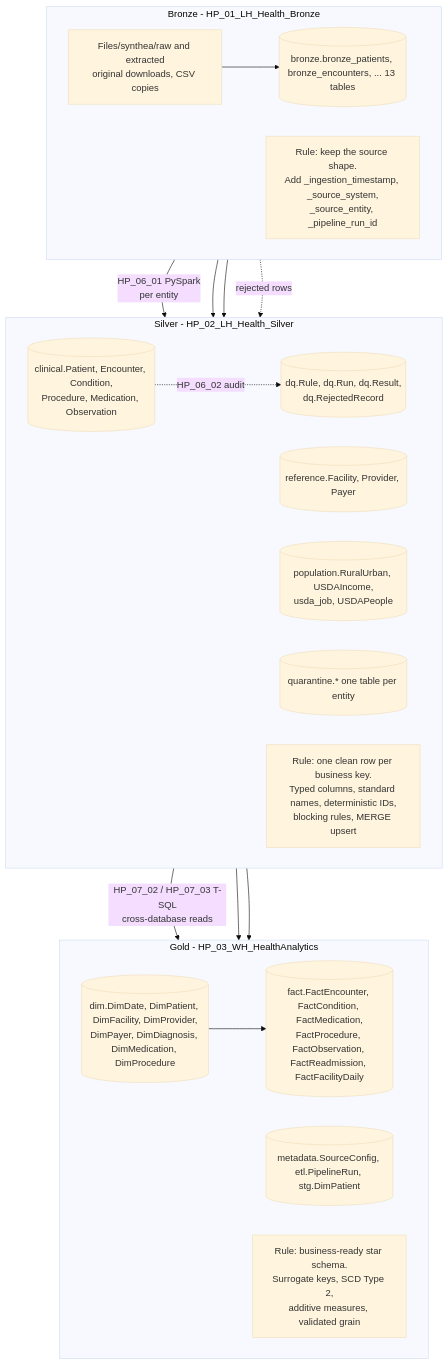
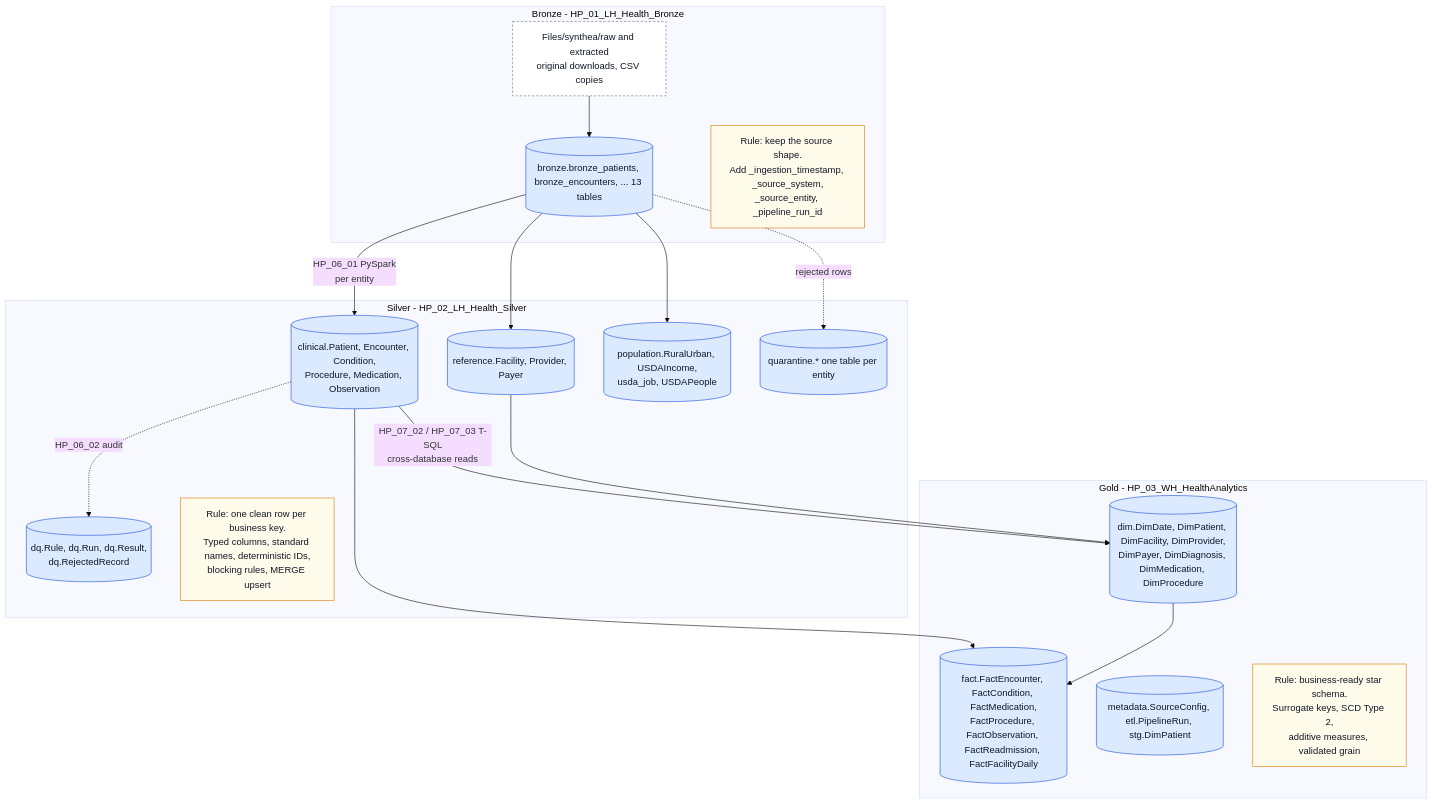
One commit to hafizmahmudi/healthpulse-fabric-healthcare changed the diagram in architecture/medallion-architecture.mmd. Above: the diagram before and after it, drawn with Mermaid (base theme). The commit also changed 17 other files, not shown here.

```diff
--- a/architecture/medallion-architecture.mmd
+++ b/architecture/medallion-architecture.mmd
@@ -1,36 +1,40 @@
 flowchart TB
     subgraph Bronze[Bronze - HP_01_LH_Health_Bronze]
-        direction LR
         BF[Files/synthea/raw and extracted<br/>original downloads, CSV copies]
         BT[(bronze.bronze_patients, bronze_encounters, ... 13 tables)]
         BN["Rule: keep the source shape.<br/>Add _ingestion_timestamp, _source_system,<br/>_source_entity, _pipeline_run_id"]
         BF --> BT
     end
 
     subgraph Silver[Silver - HP_02_LH_Health_Silver]
-        direction LR
         ST[(clinical.Patient, Encounter, Condition,<br/>Procedure, Medication, Observation)]
         SR[(reference.Facility, Provider, Payer)]
         SP[(population.RuralUrban, USDAIncome,<br/>usda_job, USDAPeople)]
         SQ[(quarantine.* one table per entity)]
         SD[(dq.Rule, dq.Run, dq.Result,<br/>dq.RejectedRecord)]
         SN["Rule: one clean row per business key.<br/>Typed columns, standard names, deterministic IDs,<br/>blocking rules, MERGE upsert"]
     end
 
     subgraph Gold[Gold - HP_03_WH_HealthAnalytics]
-        direction LR
         GD[(dim.DimDate, DimPatient, DimFacility, DimProvider,<br/>DimPayer, DimDiagnosis, DimMedication, DimProcedure)]
         GF[(fact.FactEncounter, FactCondition, FactMedication,<br/>FactProcedure, FactObservation, FactReadmission, FactFacilityDaily)]
         GO[(metadata.SourceConfig, etl.PipelineRun, stg.DimPatient)]
         GN["Rule: business-ready star schema.<br/>Surrogate keys, SCD Type 2,<br/>additive measures, validated grain"]
     end
 
     BT -- "HP_06_01 PySpark<br/>per entity" --> ST
     BT --> SR
     BT --> SP
     BT -. rejected rows .-> SQ
     ST -. "HP_06_02 audit" .-> SD
     ST -- "HP_07_02 / HP_07_03 T-SQL<br/>cross-database reads" --> GD
     SR --> GD
     ST --> GF
     GD --> GF
+
+    classDef files fill:#ffffff,stroke:#6b7280,stroke-dasharray:4 3,color:#111827
+    classDef store fill:#dbeafe,stroke:#1d4ed8,color:#111827
+    classDef note fill:#fffbeb,stroke:#d97706,color:#111827
+    class BF files
+    class BT,ST,SR,SP,SQ,SD,GD,GF,GO store
+    class BN,SN,GN note
```
